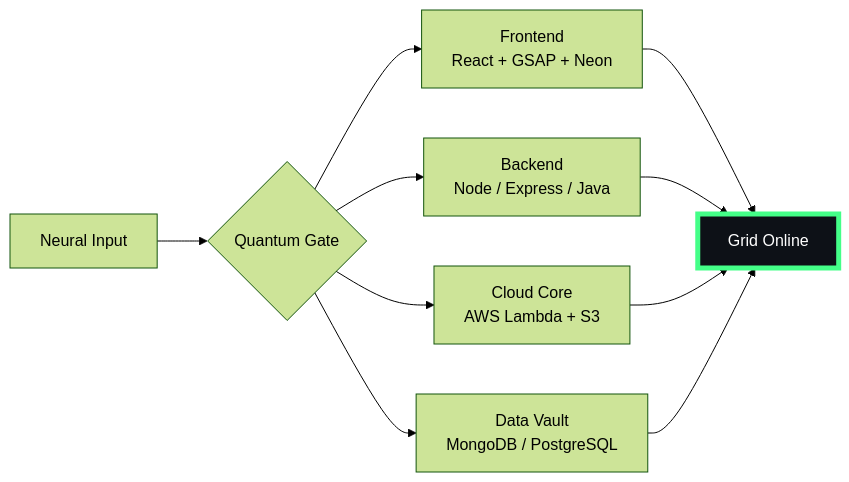
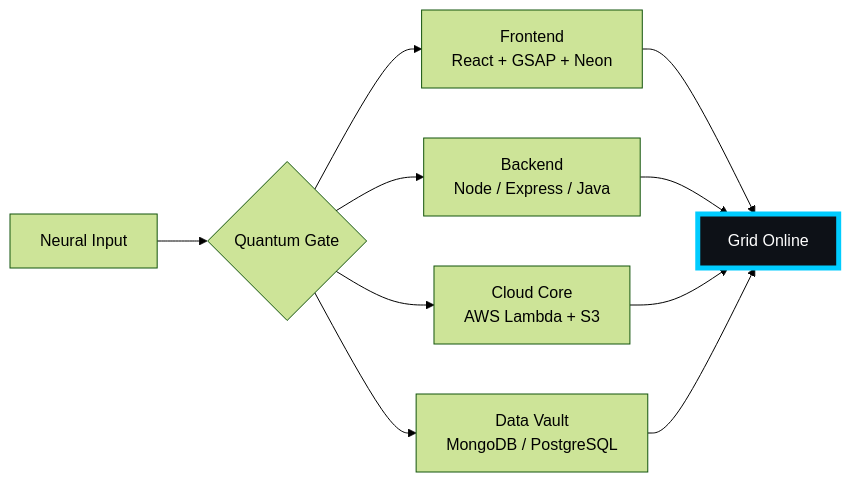
Before and after one commit to pendemvamsi/pendemvamsi: the diagram in README.md, drawn with Mermaid (forest theme). The commit also changed other lines of this file and 1 other file, not shown here.

````diff
--- a/README.md
+++ b/README.md
@@ -32,10 +32,10 @@
 ```mermaid
 flowchart LR
     U[Neural Input] --> G{Quantum Gate}
     G --> F[Frontend<br>React + GSAP + Neon]
     G --> B[Backend<br>Node / Express / Java]
     G --> C[Cloud Core<br>AWS Lambda + S3]
     G --> D[Data Vault<br>MongoDB / PostgreSQL]
     F & B & C & D --> O[Grid Online]
-    style O fill:#0d1117,stroke:#44FF88,stroke-width:5px,color:#fff
+    style O fill:#0d1117,stroke:#00CCFF,stroke-width:5px,color:#fff
 ```
````
